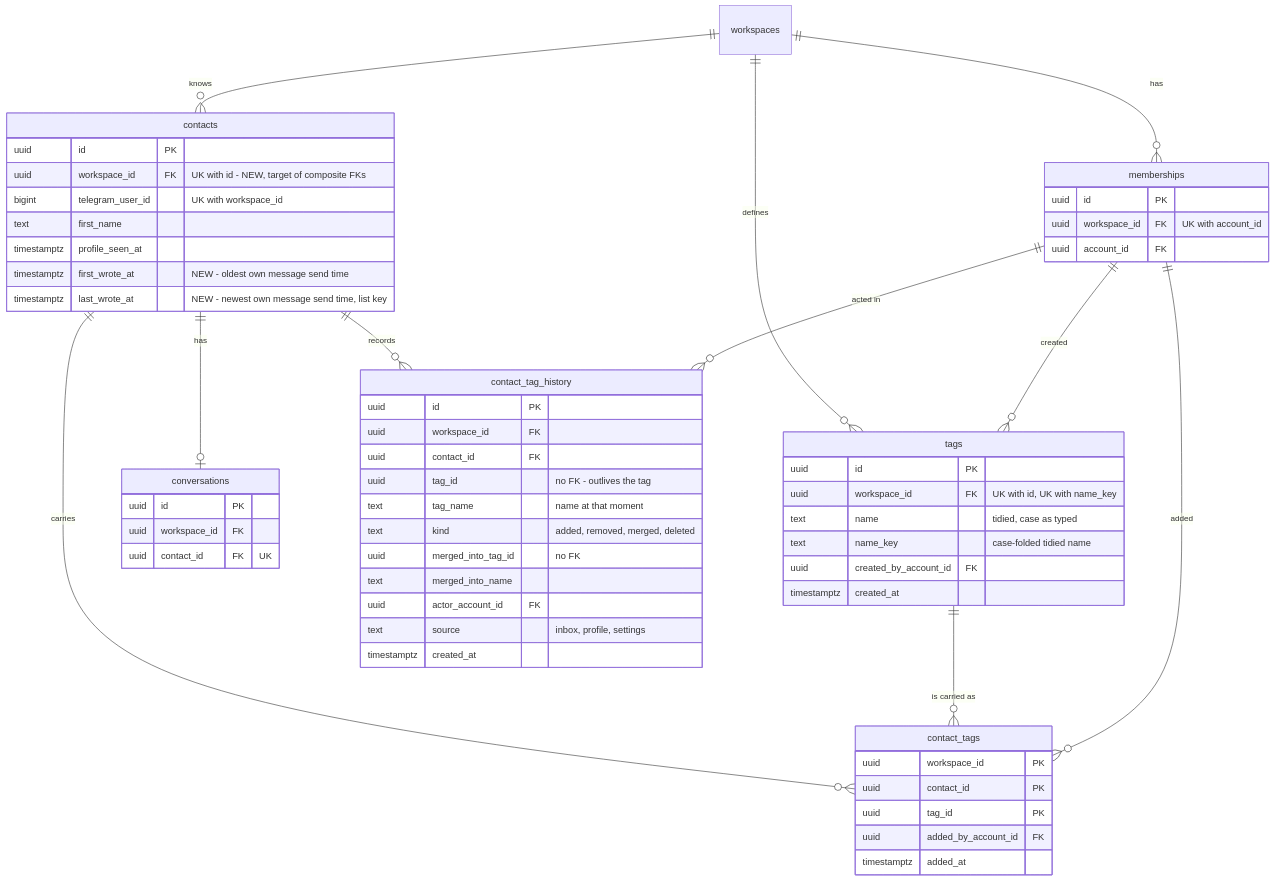
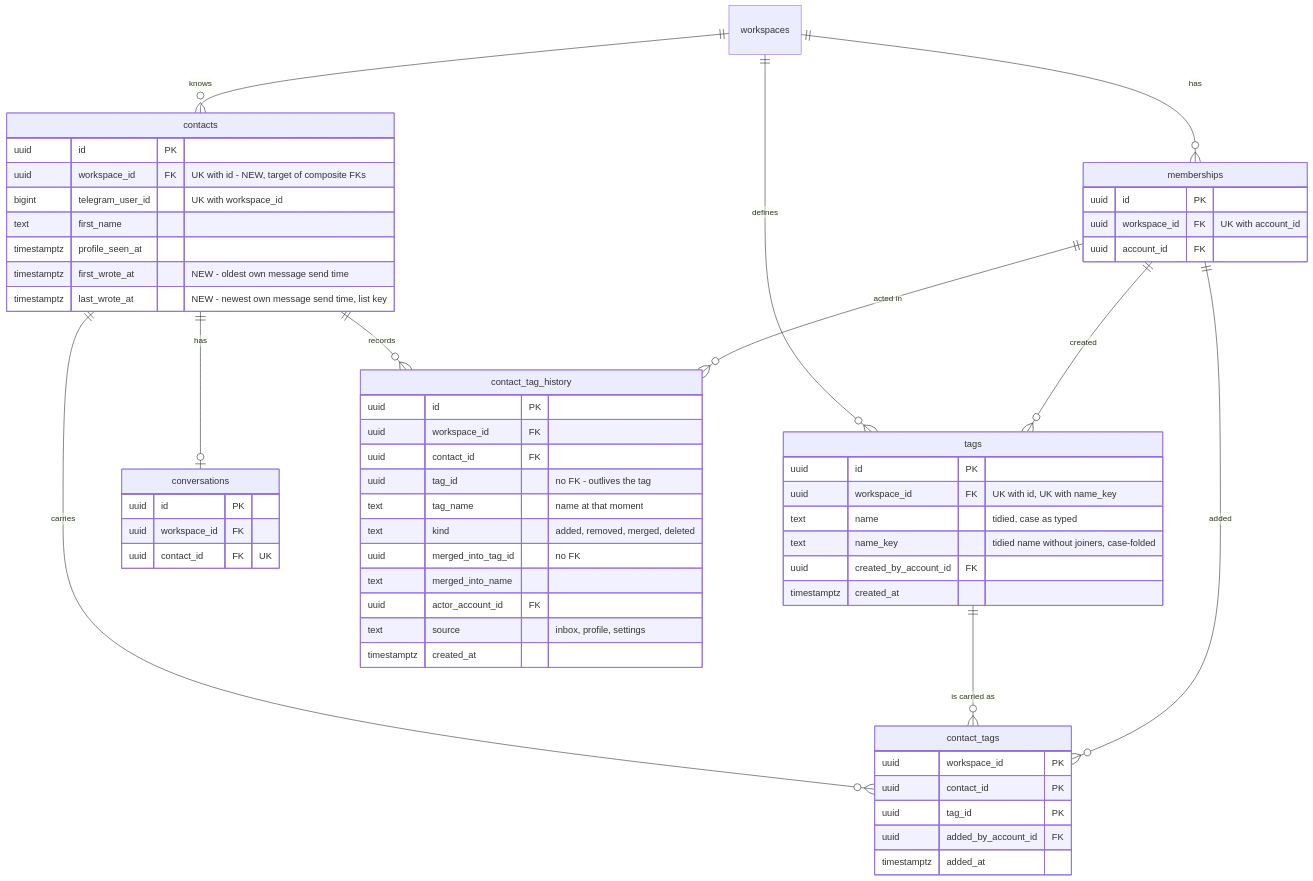
The diagram in docs/features/contacts/data-model.md (GopkoDev/tg-inbox), drawn with Mermaid before and after one commit. The commit also changed 4 other files, not shown here.

First line of the commit message:
docs(contacts): state the tag-name tidy and key rule the same way everywhere, fix the sad.md mojibake

````diff
--- a/docs/features/contacts/data-model.md
+++ b/docs/features/contacts/data-model.md
@@ -53,60 +53,60 @@
 ```mermaid
 erDiagram
     workspaces ||--o{ memberships : "has"
     workspaces ||--o{ contacts : "knows"
     workspaces ||--o{ tags : "defines"
     contacts ||--o| conversations : "has"
     contacts ||--o{ contact_tags : "carries"
     tags ||--o{ contact_tags : "is carried as"
     contacts ||--o{ contact_tag_history : "records"
     memberships ||--o{ tags : "created"
     memberships ||--o{ contact_tags : "added"
     memberships ||--o{ contact_tag_history : "acted in"
     contacts {
         uuid id PK
         uuid workspace_id FK "UK with id - NEW, target of composite FKs"
         bigint telegram_user_id "UK with workspace_id"
         text first_name
         timestamptz profile_seen_at
         timestamptz first_wrote_at "NEW - oldest own message send time"
         timestamptz last_wrote_at "NEW - newest own message send time, list key"
     }
     tags {
         uuid id PK
         uuid workspace_id FK "UK with id, UK with name_key"
         text name "tidied, case as typed"
-        text name_key "case-folded tidied name"
+        text name_key "tidied name without joiners, case-folded"
         uuid created_by_account_id FK
         timestamptz created_at
     }
     contact_tags {
         uuid workspace_id PK
         uuid contact_id PK
         uuid tag_id PK
         uuid added_by_account_id FK
         timestamptz added_at
     }
     contact_tag_history {
         uuid id PK
         uuid workspace_id FK
         uuid contact_id FK
         uuid tag_id "no FK - outlives the tag"
         text tag_name "name at that moment"
         text kind "added, removed, merged, deleted"
         uuid merged_into_tag_id "no FK"
         text merged_into_name
         uuid actor_account_id FK
         text source "inbox, profile, settings"
         timestamptz created_at
     }
     memberships {
         uuid id PK
         uuid workspace_id FK "UK with account_id"
         uuid account_id FK
     }
     conversations {
         uuid id PK
         uuid workspace_id FK
         uuid contact_id FK "UK"
     }
 ```
````
